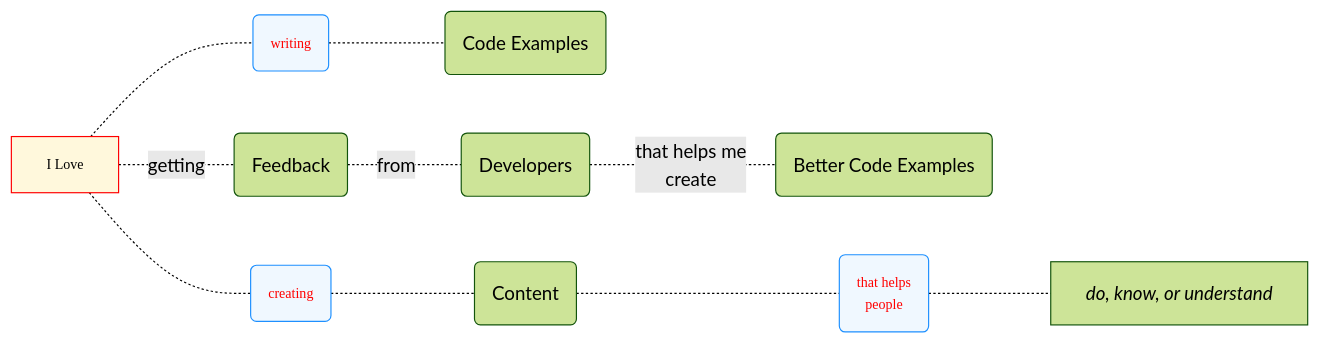
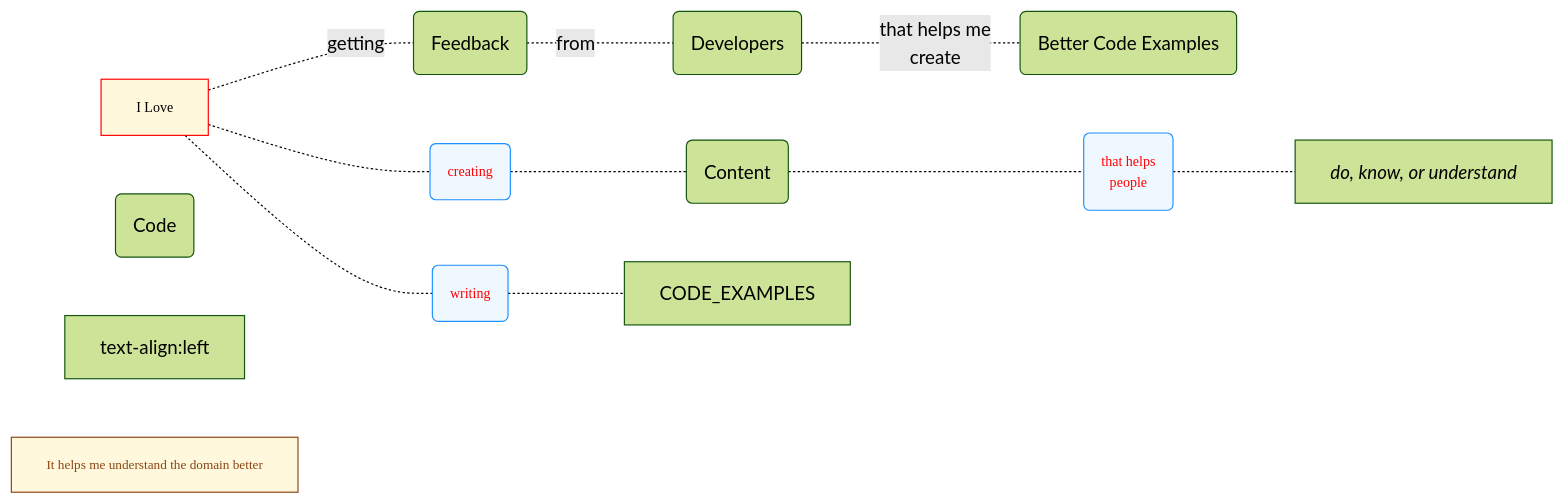
The first of 2 diagrams in overview.md (joe-dorward/samples), drawn with Mermaid before and after one commit.

````diff
--- a/overview.md
+++ b/overview.md
@@ -1,56 +1,62 @@
 ```mermaid
 %%{init: { "theme":"forest"} }%%
 flowchart LR
   classDef Compact font-family:verdana, font-size:7.5pt, text-align:left;
   classDef Variables fill:white, stroke:white, font-family:courier new, font-size:10pt;
   classDef Object fill:white, stroke:white, font-family:verdana, font-size:9pt;
 
   classDef Start fill:cornsilk, stroke:red, font-family:verdana, font-size:9pt;
 
   classDef Verb fill:aliceblue, color:red, stroke:dodgerblue, font-family:verdana, font-size:9pt;
 
 
 I_LOVE["I Love"]:::Start
 
-
-
-CODE_EXAMPLES("Code Examples")
+CODE("Code")
 BETTER_CODE_EXAMPLES("Better Code Examples")
 
 
 
 CONTENT("Content")
 
 
 DEVELOPERS("Developers")
 
 
 FEEDBACK("Feedback")
 
 
 DO_KNOW_UNDERSTAND["`*do, know, or understand*`"]
 style DO_KNOW_UNDERSTAND text-align:left
 
 
 %% DOING ==========
 
 CREATING("creating")
 WRITING("writing")
 
 THAT_HELPS_PEOPLE("that helps
   people")
 
 class CREATING,WRITING,THAT_HELPS_PEOPLE Verb;
 
+
+
+%% NOTES ==========
+classDef Note fill:cornsilk, stroke:saddlebrown, color:saddlebrown, font-family:verdana, font-size:8.5pt; text-align:left;
+
+UNDERSTAND_DOMAIN["It helps me understand the domain better"]
+
+class UNDERSTAND_DOMAIN Note;
 %% CONNECTING ==========
 
 I_LOVE-.-CREATING-.-CONTENT-.-THAT_HELPS_PEOPLE-.-DO_KNOW_UNDERSTAND
 
 I_LOVE-.-WRITING-.-CODE_EXAMPLES
 
 
 
 I_LOVE-.getting.-FEEDBACK-.from.-DEVELOPERS-.that helps me
   create.-BETTER_CODE_EXAMPLES
 
 ```
````
